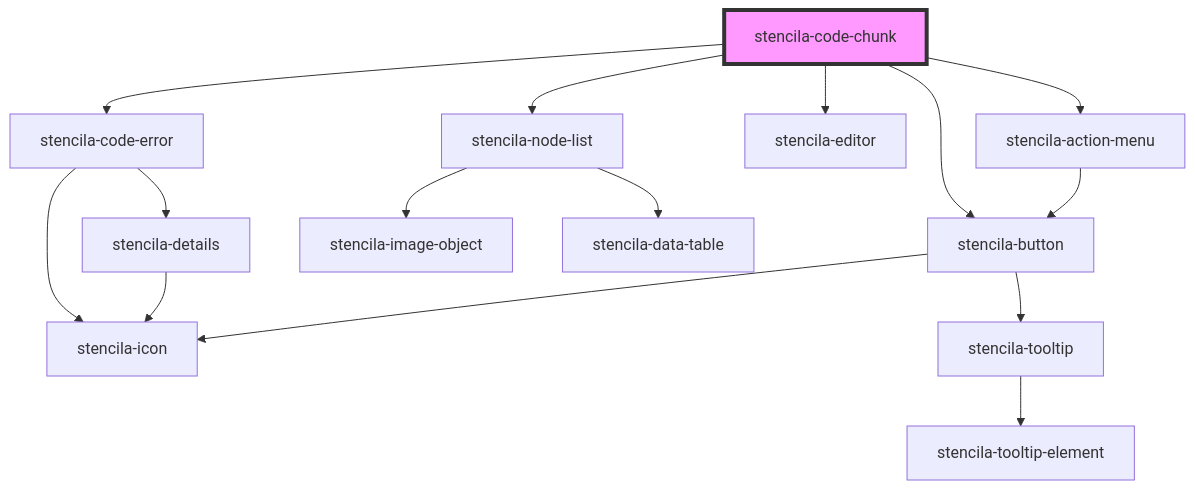
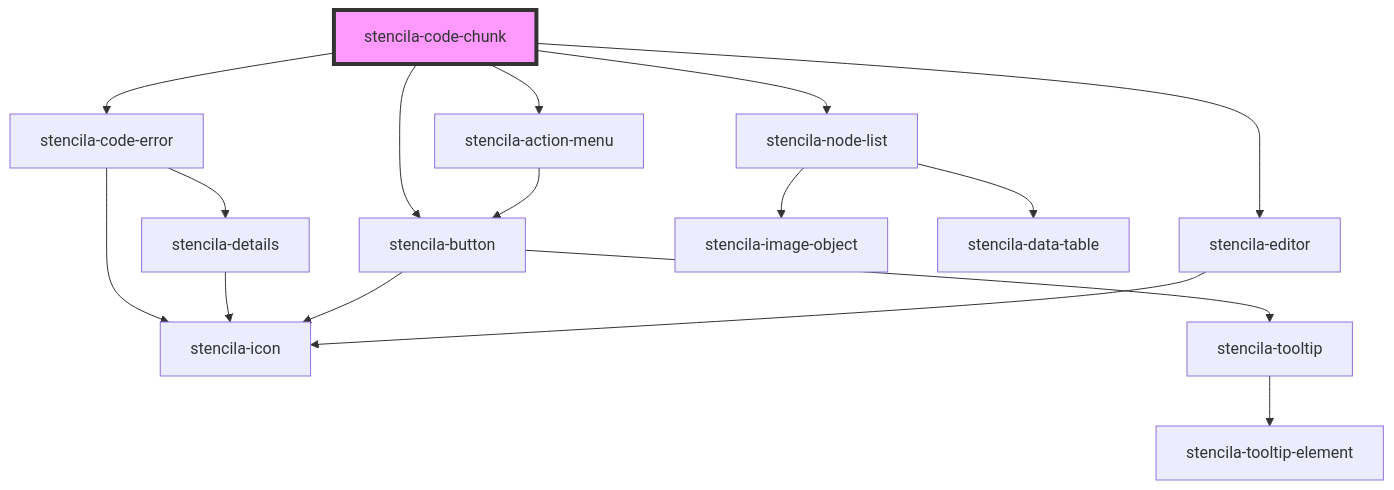
One commit to stencila/designa changed the diagram in packages/components/src/components/codeChunk/readme.md. Above: the diagram before and after it, drawn with Mermaid. The commit also changed 5 other files, not shown here.

````diff
--- a/packages/components/src/components/codeChunk/readme.md
+++ b/packages/components/src/components/codeChunk/readme.md
@@ -47,18 +47,19 @@
 ```mermaid
 graph TD;
   stencila-code-chunk --> stencila-code-error
   stencila-code-chunk --> stencila-action-menu
   stencila-code-chunk --> stencila-button
   stencila-code-chunk --> stencila-editor
   stencila-code-chunk --> stencila-node-list
   stencila-code-error --> stencila-icon
   stencila-code-error --> stencila-details
   stencila-details --> stencila-icon
   stencila-action-menu --> stencila-button
   stencila-button --> stencila-icon
   stencila-button --> stencila-tooltip
   stencila-tooltip --> stencila-tooltip-element
+  stencila-editor --> stencila-icon
   stencila-node-list --> stencila-image-object
   stencila-node-list --> stencila-data-table
   style stencila-code-chunk fill:#f9f,stroke:#333,stroke-width:4px
 ```
````
